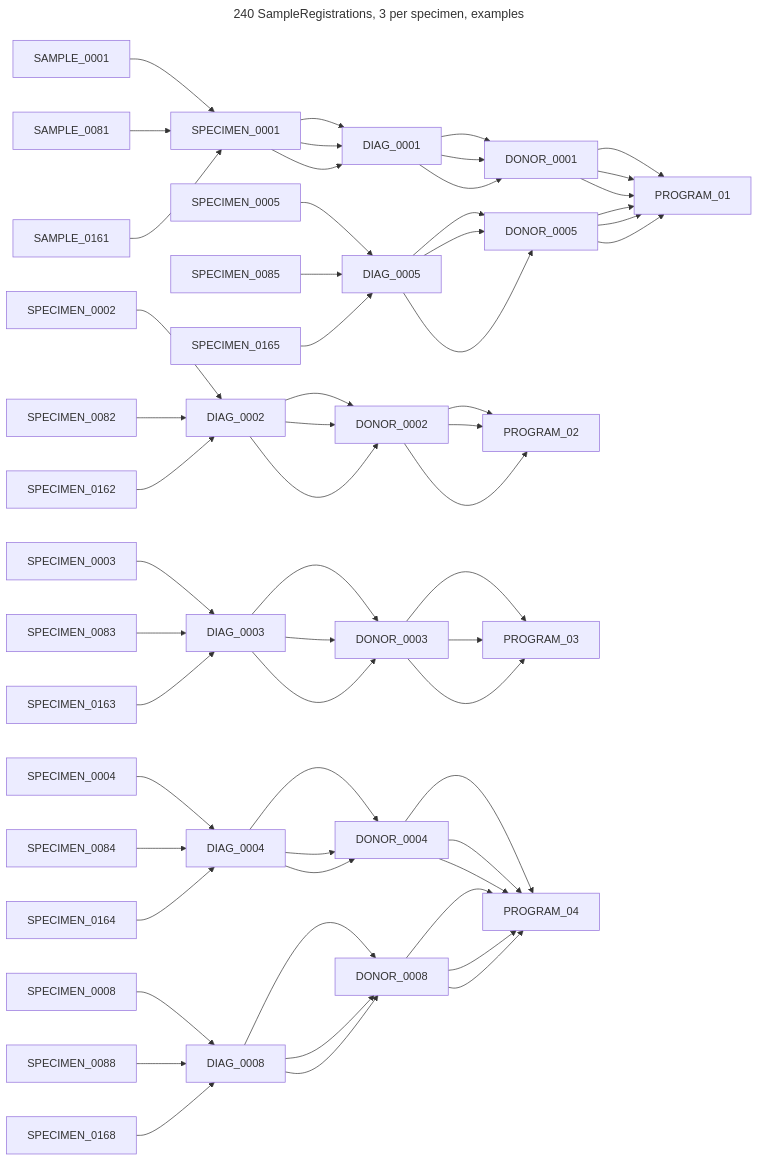
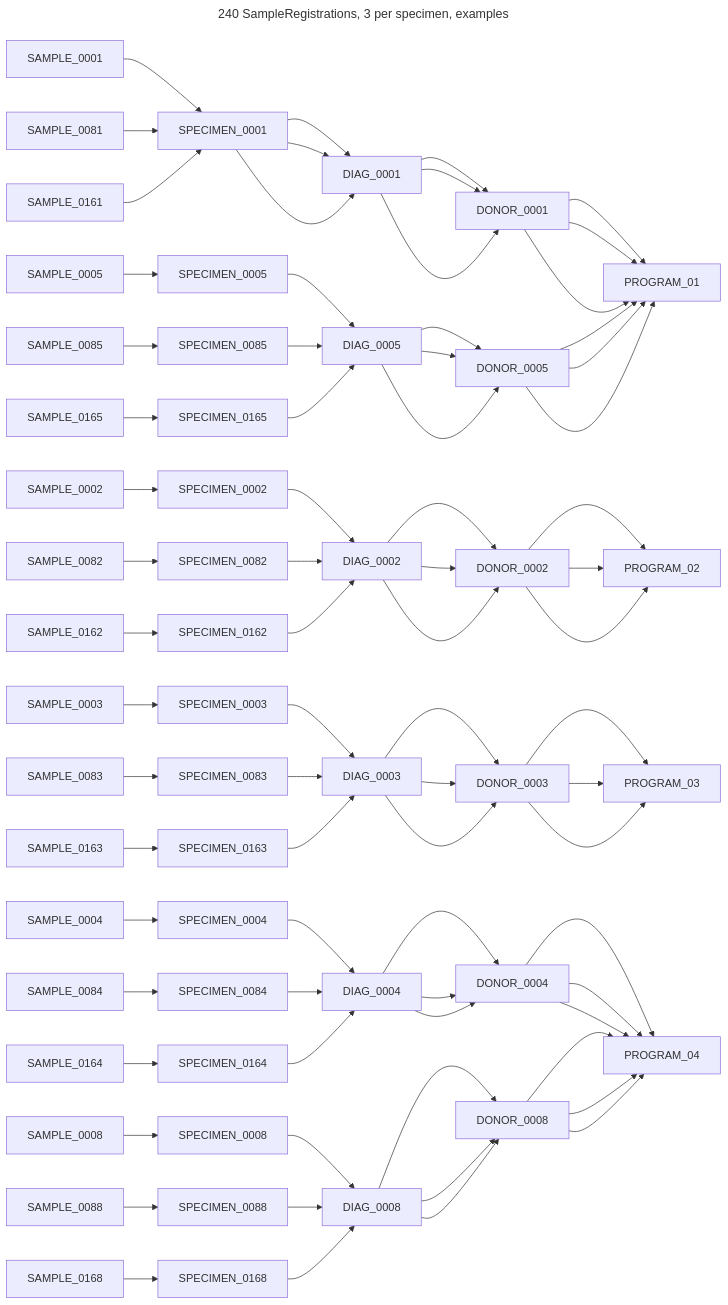
The fourth of 14 diagrams in chord_metadata_service/mohpackets/data/small_dataset/README.md (CanDIG/katsu), drawn with Mermaid before and after one commit. The commit also changed other lines of this file and 2 other files, not shown here.

Commit message:
check graphs

````diff
--- a/chord_metadata_service/mohpackets/data/small_dataset/README.md
+++ b/chord_metadata_service/mohpackets/data/small_dataset/README.md
@@ -66,24 +66,24 @@
 ```mermaid
 ---
 title: 240 SampleRegistrations, 3 per specimen, examples
 ---
 graph LR;  
   SAMPLE_0001--> SPECIMEN_0001 --> DIAG_0001 --> DONOR_0001 --> PROGRAM_01;  
   SAMPLE_0081--> SPECIMEN_0001 --> DIAG_0001 --> DONOR_0001 --> PROGRAM_01;  
   SAMPLE_0161--> SPECIMEN_0001 --> DIAG_0001 --> DONOR_0001 --> PROGRAM_01;  
-  SPECIMEN_0005 -->DIAG_0005 --> DONOR_0005 --> PROGRAM_01;  
-  SPECIMEN_0085 -->DIAG_0005 --> DONOR_0005 --> PROGRAM_01;  
-  SPECIMEN_0165 -->DIAG_0005 --> DONOR_0005 --> PROGRAM_01;  
-  SPECIMEN_0002 -->DIAG_0002 --> DONOR_0002 --> PROGRAM_02;  
-  SPECIMEN_0082 -->DIAG_0002 --> DONOR_0002 --> PROGRAM_02;  
-  SPECIMEN_0162 -->DIAG_0002 --> DONOR_0002 --> PROGRAM_02;  
-  SPECIMEN_0003 -->DIAG_0003 --> DONOR_0003 --> PROGRAM_03;  
-  SPECIMEN_0083 -->DIAG_0003 --> DONOR_0003 --> PROGRAM_03;  
-  SPECIMEN_0163 -->DIAG_0003 --> DONOR_0003 --> PROGRAM_03;  
-  SPECIMEN_0004 -->DIAG_0004 --> DONOR_0004 --> PROGRAM_04;
-  SPECIMEN_0084 -->DIAG_0004 --> DONOR_0004 --> PROGRAM_04;
-  SPECIMEN_0164 -->DIAG_0004 --> DONOR_0004 --> PROGRAM_04;
-  SPECIMEN_0008 -->DIAG_0008 --> DONOR_0008 --> PROGRAM_04;
-  SPECIMEN_0088 -->DIAG_0008 --> DONOR_0008 --> PROGRAM_04;
-  SPECIMEN_0168 -->DIAG_0008 --> DONOR_0008 --> PROGRAM_04;
+  SAMPLE_0005--> SPECIMEN_0005 --> DIAG_0005 --> DONOR_0005 --> PROGRAM_01;  
+  SAMPLE_0085--> SPECIMEN_0085 --> DIAG_0005 --> DONOR_0005 --> PROGRAM_01;  
+  SAMPLE_0165--> SPECIMEN_0165 --> DIAG_0005 --> DONOR_0005 --> PROGRAM_01;  
+  SAMPLE_0002--> SPECIMEN_0002 --> DIAG_0002 --> DONOR_0002 --> PROGRAM_02;  
+  SAMPLE_0082--> SPECIMEN_0082 --> DIAG_0002 --> DONOR_0002 --> PROGRAM_02;  
+  SAMPLE_0162--> SPECIMEN_0162 --> DIAG_0002 --> DONOR_0002 --> PROGRAM_02;  
+  SAMPLE_0003--> SPECIMEN_0003 --> DIAG_0003 --> DONOR_0003 --> PROGRAM_03;  
+  SAMPLE_0083--> SPECIMEN_0083 --> DIAG_0003 --> DONOR_0003 --> PROGRAM_03;  
+  SAMPLE_0163--> SPECIMEN_0163 --> DIAG_0003 --> DONOR_0003 --> PROGRAM_03;  
+  SAMPLE_0004--> SPECIMEN_0004 --> DIAG_0004 --> DONOR_0004 --> PROGRAM_04;
+  SAMPLE_0084--> SPECIMEN_0084 --> DIAG_0004 --> DONOR_0004 --> PROGRAM_04;
+  SAMPLE_0164--> SPECIMEN_0164 --> DIAG_0004 --> DONOR_0004 --> PROGRAM_04;
+  SAMPLE_0008--> SPECIMEN_0008 --> DIAG_0008 --> DONOR_0008 --> PROGRAM_04;
+  SAMPLE_0088--> SPECIMEN_0088 --> DIAG_0008 --> DONOR_0008 --> PROGRAM_04;
+  SAMPLE_0168--> SPECIMEN_0168 --> DIAG_0008 --> DONOR_0008 --> PROGRAM_04;
 ```
````
